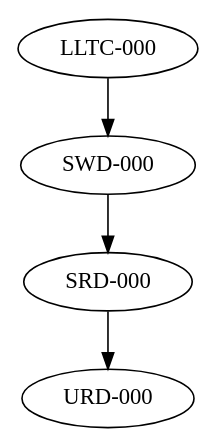
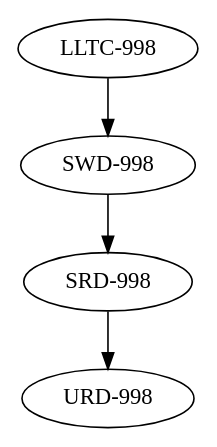
The diagram in .dotstop.dot (Zahhask45/Team04_DrivaPi), drawn with Graphviz before and after one commit. The commit also changed 24 other files, not shown here.

```diff
--- a/.dotstop.dot
+++ b/.dotstop.dot
@@ -1,12 +1,12 @@
 # This file is automatically generated by dotstop and should not be edited manually.
 # Generated using trustable 2025.9.16.
 
 digraph G {
-"SRD-000" [sha="5d24c26cb00c58cdc3c258b9c21fef8b7654ae9bae227425bf46e5bca914ba89"];
-"LLTC-000" [sha="e56df2a9ebe8d42a490365ad0b5af6686246421c1860ea3a49dbbed9096b2127"];
-"SWD-000" [sha="eb98a00d9c77ea66c80ad8e87196f1aa64624f1071d723e01d8b0959ac4ae6d3"];
-"URD-000" [sha="013eb93d68bfc864ef0d41c3037d61d9da8cbea285a1ce488d7717aed74e3f7d"];
-"SRD-000" -> "URD-000" [sha="0444c87141e46d2386ec17789719d668f83e4a22c6572d70dc61fe607b29a8db"];
-"LLTC-000" -> "SWD-000" [sha="6e383a1d5f4f3b90757d5f230cd5fc20d14f1df229dae091e4ec03a8b6aeacf8"];
-"SWD-000" -> "SRD-000" [sha="512d1060b095027dab9d6a3b88b20a80ac38c32b002e1d65343576771f94c937"];
+"SWD-998" [sha="e65e8aef8be799605889855b82c4d444d912b44304eec2856fe3f05ef7d065ab"];
+"LLTC-998" [sha="dd99f4bee385a6d577319884ae758d3ec01fc93ccb5eef2d626af6e6821ac3a4"];
+"SRD-998" [sha="d7888f1a5837c430a76ad58463e2d2837c5f27bad251284be97bccaa9447fa8b"];
+"URD-998" [sha="984d531e3bfb9a8a07432a2f285113a2942f00c1abc463279050b5f1b9857396"];
+"SWD-998" -> "SRD-998" [sha="e7fbb0660062ae5128ee53581d39740e4ad9a506f41b512d594ff21f7a92e12c"];
+"LLTC-998" -> "SWD-998" [sha="088ce03db2f6d756737920e804b51a2a1666d8fcb42443f0f3c8aaec023db4cf"];
+"SRD-998" -> "URD-998" [sha="2af2b8da09e2e74f9bb765dd4f2e640a716001a99c7e65ecedf8118cb887a1bf"];
 }
```
